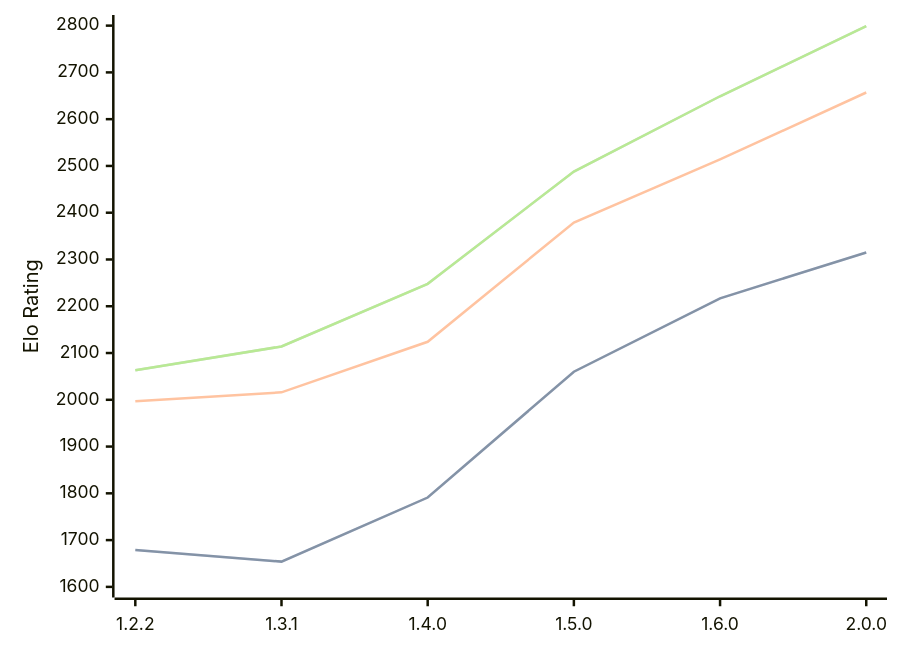
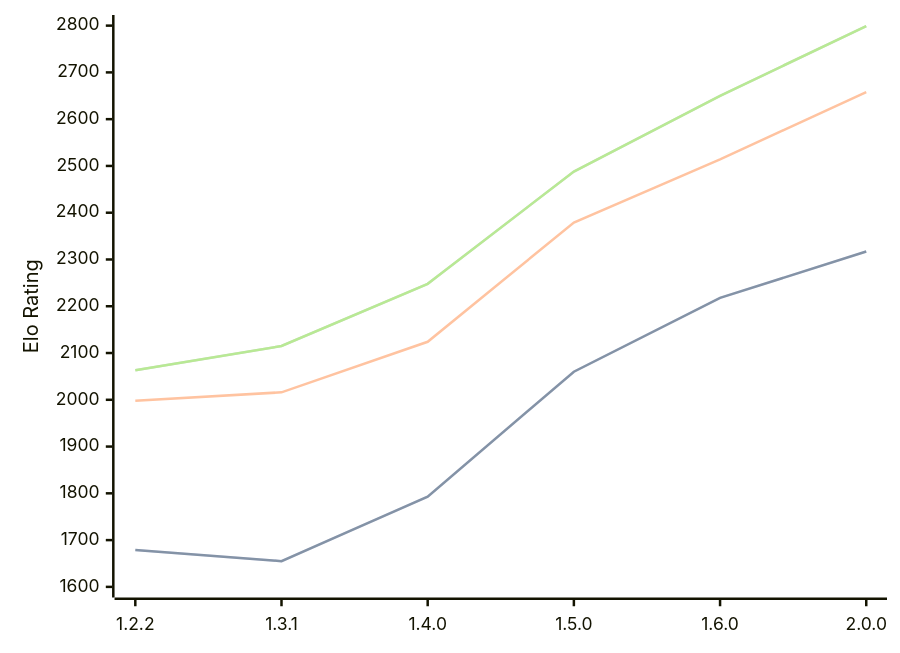
One commit to computer-chess-index/cci changed the diagram in engines/SoloEngine.md. Above: the diagram before and after it, drawn with Mermaid. The commit also changed other lines of this file, not shown here.

Commit message:
Update CCI Ratings (ELO VLTC) - 2026-05-01

````diff
--- a/engines/SoloEngine.md
+++ b/engines/SoloEngine.md
@@ -37,11 +37,11 @@
 ```mermaid
 %%{init: {"theme":"base","themeVariables":{"seriesColors:['#a3a3a3','#222221','#faa371']}}}%%
 xychart-beta
   x-axis ["1.2.2", "1.3.1", "1.4.0", "1.5.0", "1.6.0", "2.0.0"]
   y-axis "Elo Rating" 1600 --> 2800
-  line "STC (8.0+0.08s)" [1679, 1654, 1791, 2060, 2217, 2315]
-  line "STC (8.0+0.08s)" [1679, 1654, 1791, 2060, 2217, 2315]
-  line "LTC (60.0+0.60s)" [1997, 2016, 2124, 2379, 2514, 2657]
-  line "VLTC (2m24s+1.12s)" [2063, 2114, 2248, 2488, 2649, 2799]
-  line "VLTC (2m24s+1.12s)" [2063, 2114, 2248, 2488, 2649, 2799]
+  line "STC (8.0+0.08s)" [1679, 1655, 1793, 2060, 2218, 2317]
+  line "STC (8.0+0.08s)" [1679, 1655, 1793, 2060, 2218, 2317]
+  line "LTC (60.0+0.60s)" [1998, 2016, 2124, 2379, 2514, 2658]
+  line "VLTC (2m24s+1.12s)" [2063, 2115, 2248, 2488, 2650, 2799]
+  line "VLTC (2m24s+1.12s)" [2063, 2115, 2248, 2488, 2650, 2799]
 ```
````
